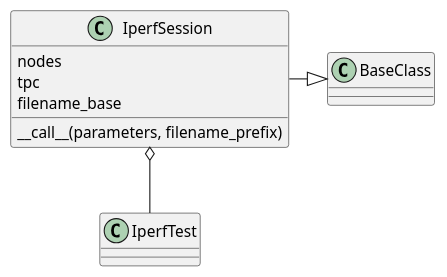
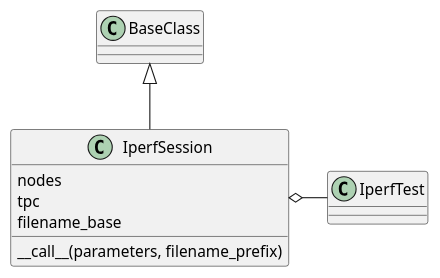
The third of 3 diagrams in apetools/tools/iperfsession.rst (russell-n/oldape), drawn with PlantUML before and after one commit. The commit also changed other lines of this file and 14 other files, not shown here.

```diff
--- a/apetools/tools/iperfsession.rst
+++ b/apetools/tools/iperfsession.rst
@@ -46,8 +51,8 @@
 .. uml::
 
-   IperfSession -|> BaseClass
-   IperfSession o-- IperfTest
+   BaseClass <|-- IperfSession
+   IperfSession o- IperfTest
    IperfSession : nodes
    IperfSession : tpc
    IperfSession : filename_base
    IperfSession : __call__(parameters, filename_prefix)
```
